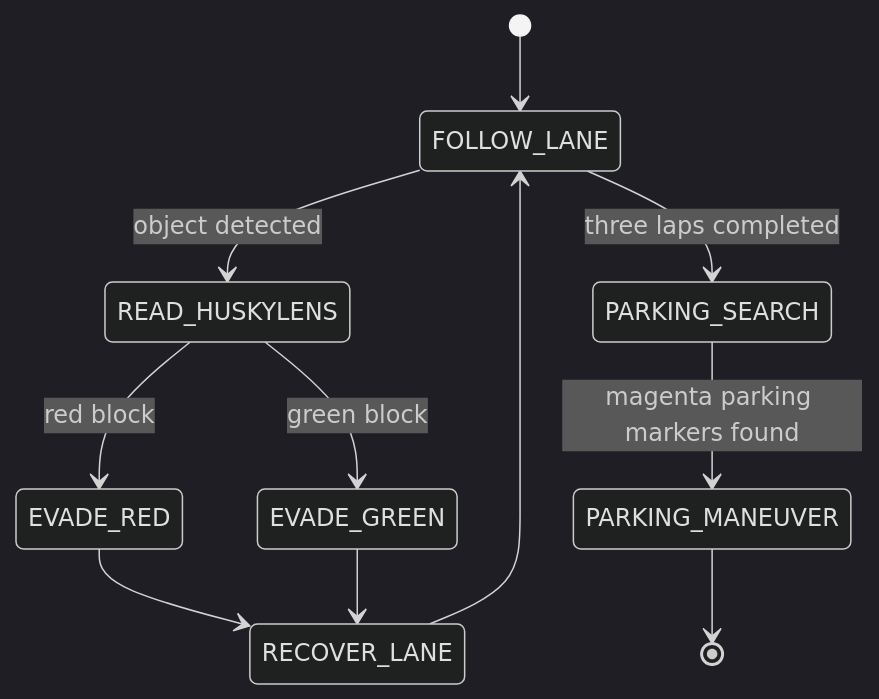
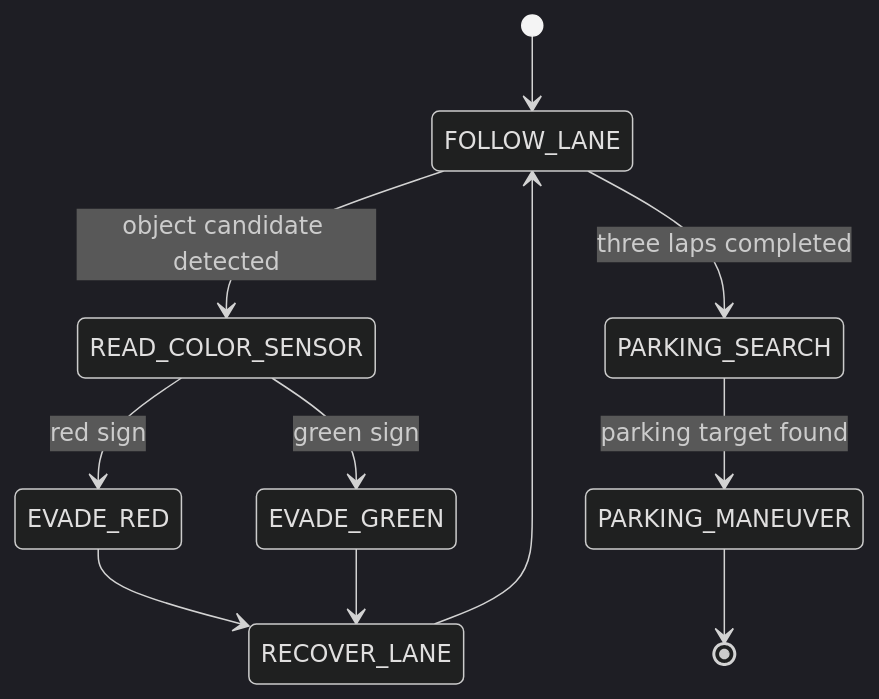
The diagram in docs/07_obstacle_challenge_strategy.md (Yamilgmr/SKRobotics_WRO2026), drawn with Mermaid (dark theme) before and after one commit. The commit also changed other lines of this file and 25 other files, not shown here.

````diff
--- a/docs/07_obstacle_challenge_strategy.md
+++ b/docs/07_obstacle_challenge_strategy.md
@@ -23,13 +35,13 @@
 ```mermaid
 stateDiagram-v2
     [*] --> FOLLOW_LANE
-    FOLLOW_LANE --> READ_HUSKYLENS: object detected
-    READ_HUSKYLENS --> EVADE_RED: red block
-    READ_HUSKYLENS --> EVADE_GREEN: green block
+    FOLLOW_LANE --> READ_COLOR_SENSOR: object candidate detected
+    READ_COLOR_SENSOR --> EVADE_RED: red sign
+    READ_COLOR_SENSOR --> EVADE_GREEN: green sign
     EVADE_RED --> RECOVER_LANE
     EVADE_GREEN --> RECOVER_LANE
     RECOVER_LANE --> FOLLOW_LANE
     FOLLOW_LANE --> PARKING_SEARCH: three laps completed
-    PARKING_SEARCH --> PARKING_MANEUVER: magenta parking markers found
+    PARKING_SEARCH --> PARKING_MANEUVER: parking target found
     PARKING_MANEUVER --> [*]
 ```
````
